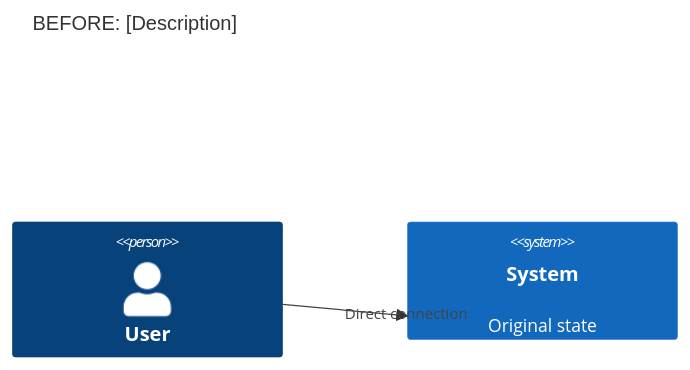
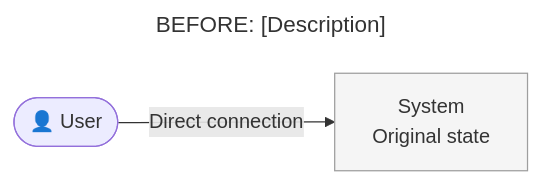
Before and after one commit to m2ux/workflow-server: the fourth of 8 diagrams in work-package/resources/19-architecture-summary.md, drawn with Mermaid. The commit also changed other lines of this file and 9 other files, not shown here.

First line of the commit message:
feat(workflows): add architecture summary and refactor activities

````diff
--- a/work-package/resources/19-architecture-summary.md
+++ b/work-package/resources/19-architecture-summary.md
@@ -109,9 +186,12 @@
 ```mermaid
-C4Context
-    title BEFORE: [Description]
+---
+title: "BEFORE: [Description]"
+---
+flowchart LR
+    User([👤 User])
+    Sys[System<br/>Original state]
     
-    Person(user, "User", "")
-    System(sys, "System", "Original state")
+    User -->|Direct connection| Sys
     
-    Rel(user, sys, "Direct connection")
+    style Sys fill:#f5f5f5,stroke:#9e9e9e
 ```
````
